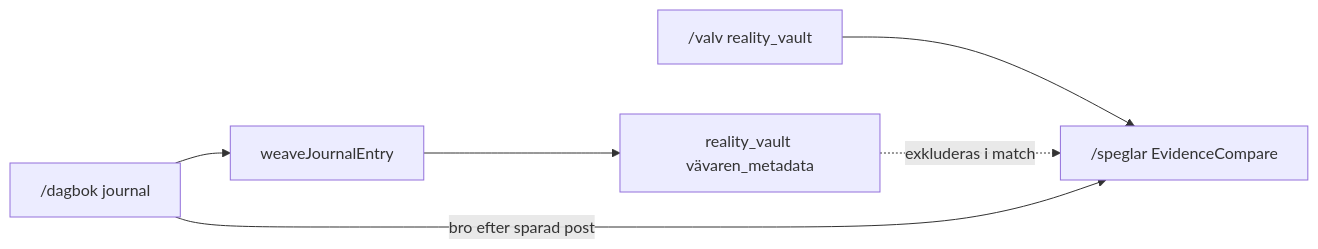
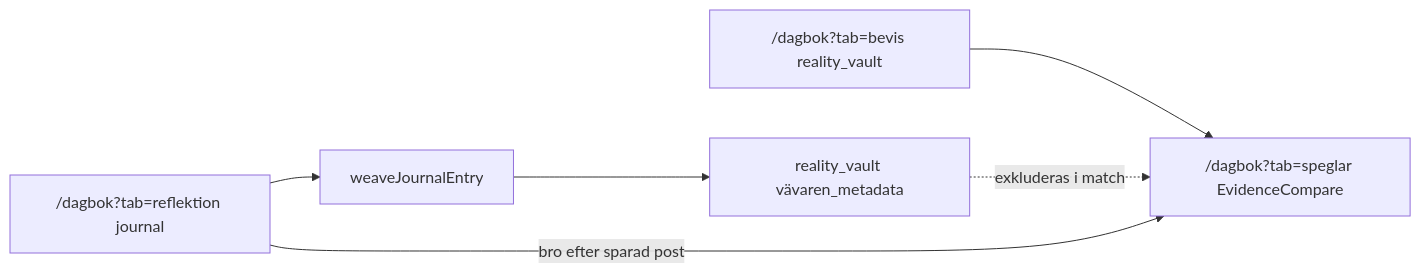
Before and after one commit to pontusmalmstrom9292-sys/Livskompassen3.0: the diagram in docs/specs/hjartat-flode.md, drawn with Mermaid. The commit also changed other lines of this file and 35 other files, not shown here.

````diff
--- a/docs/specs/hjartat-flode.md
+++ b/docs/specs/hjartat-flode.md
@@ -3,12 +5,12 @@
 ```mermaid
 flowchart LR
-  Dagbok["/dagbok journal"]
+  Dagbok["/dagbok?tab=reflektion journal"]
   Weaver["weaveJournalEntry"]
   ValvMeta["reality_vault vävaren_metadata"]
-  Valv["/valv reality_vault"]
-  Speglar["/speglar EvidenceCompare"]
+  Valv["/dagbok?tab=bevis reality_vault"]
+  Speglar["/dagbok?tab=speglar EvidenceCompare"]
   Dagbok --> Weaver --> ValvMeta
   Valv --> Speglar
   ValvMeta -.->|"exkluderas i match"| Speglar
   Dagbok -->|"bro efter sparad post"| Speglar
 ```
````
